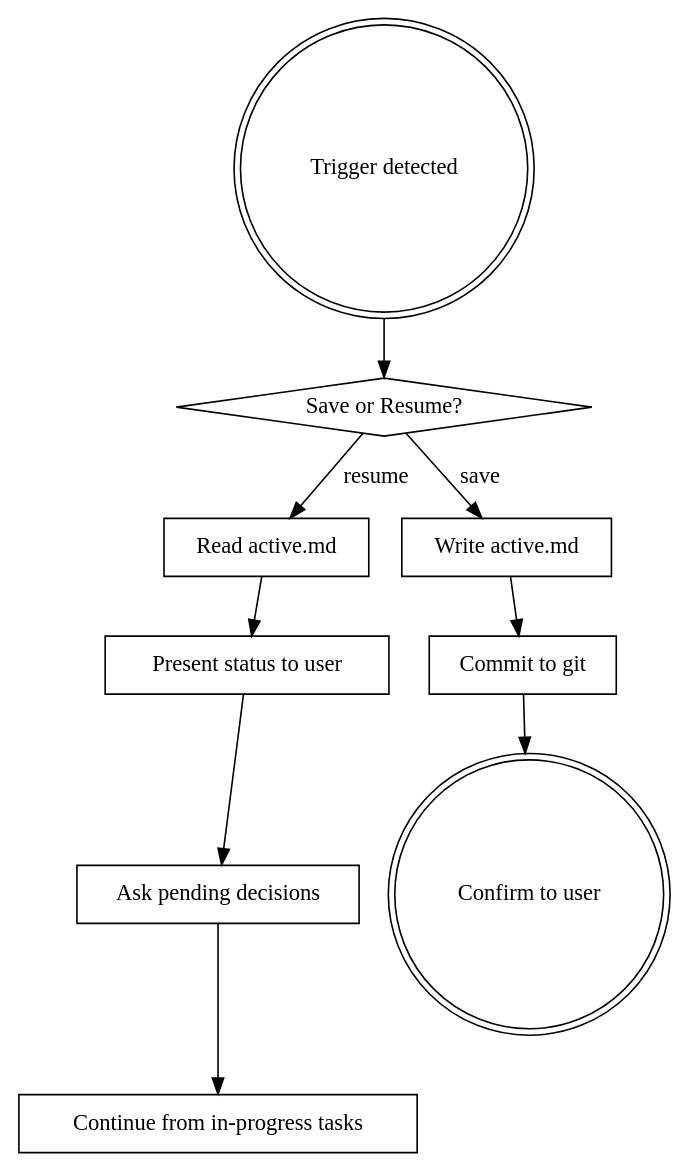
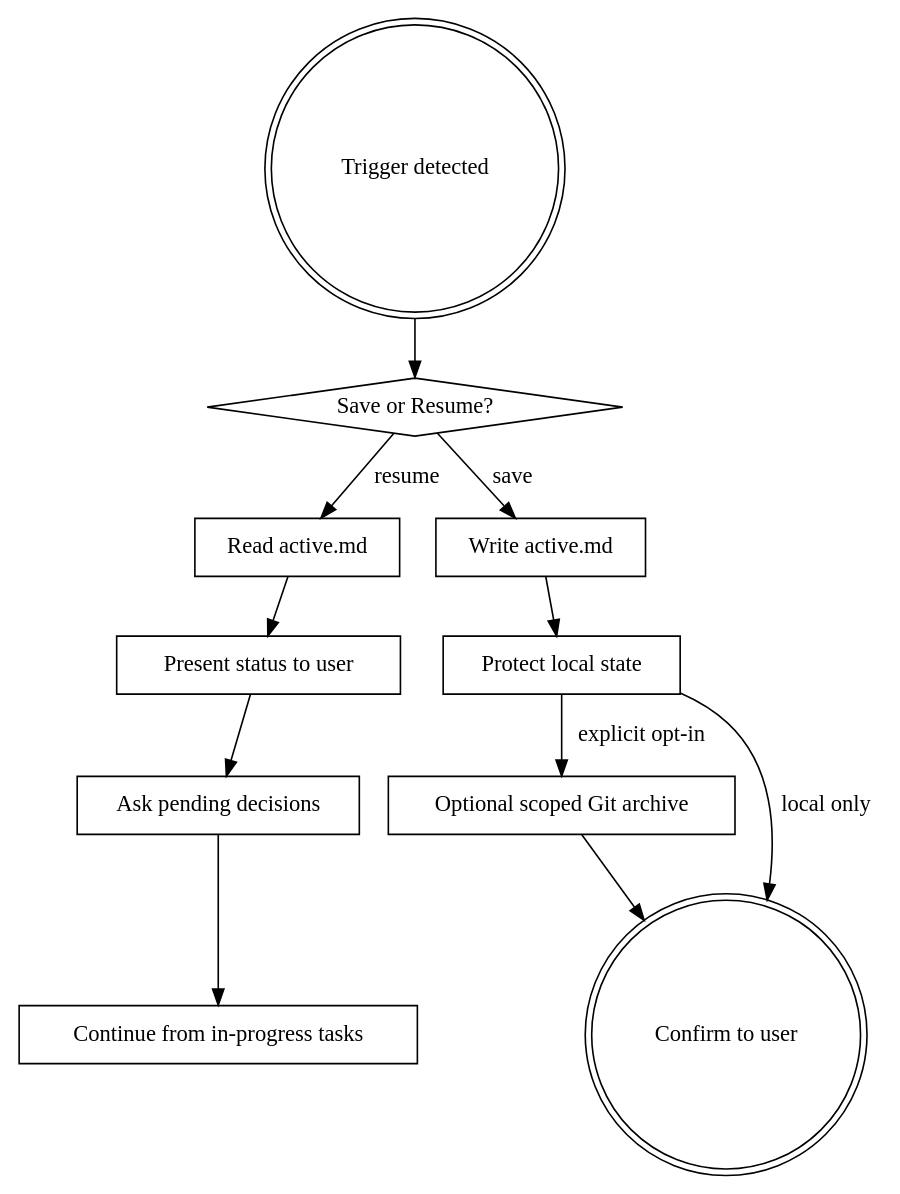
Before and after one commit to EnzoYD/session-persistence: the diagram in SKILL.md, drawn with Graphviz. The commit also changed other lines of this file and 5 other files, not shown here.

````diff
--- a/SKILL.md
+++ b/SKILL.md
@@ -25,22 +26,25 @@
 ```dot
 digraph session_persistence {
   "Trigger detected" [shape=doublecircle];
   "Save or Resume?" [shape=diamond];
   "Read active.md" [shape=box];
   "Present status to user" [shape=box];
   "Ask pending decisions" [shape=box];
   "Continue from in-progress tasks" [shape=box];
   "Write active.md" [shape=box];
-  "Commit to git" [shape=box];
+  "Protect local state" [shape=box];
+  "Optional scoped Git archive" [shape=box];
   "Confirm to user" [shape=doublecircle];
 
   "Trigger detected" -> "Save or Resume?";
   "Save or Resume?" -> "Read active.md" [label="resume"];
   "Save or Resume?" -> "Write active.md" [label="save"];
   "Read active.md" -> "Present status to user";
   "Present status to user" -> "Ask pending decisions";
   "Ask pending decisions" -> "Continue from in-progress tasks";
-  "Write active.md" -> "Commit to git";
-  "Commit to git" -> "Confirm to user";
+  "Write active.md" -> "Protect local state";
+  "Protect local state" -> "Optional scoped Git archive" [label="explicit opt-in"];
+  "Protect local state" -> "Confirm to user" [label="local only"];
+  "Optional scoped Git archive" -> "Confirm to user";
 }
 ```
````
